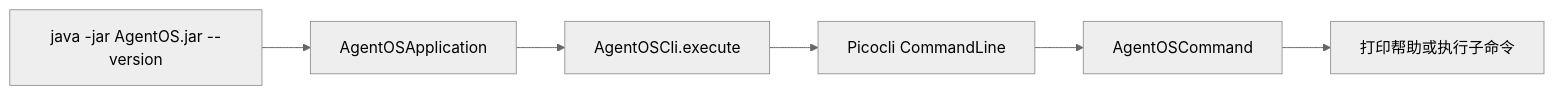
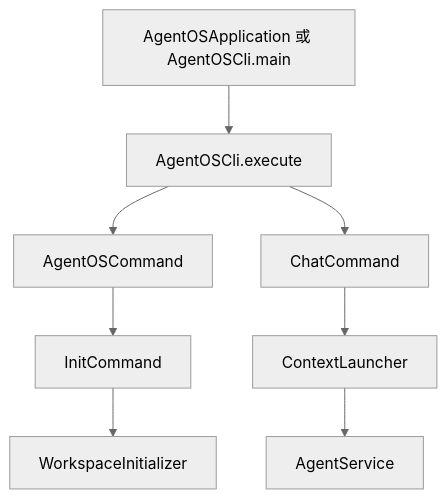
The diagram in docs/code-reading/AgentOS-cli.md (wangkaiqistart/agent-os), drawn with Mermaid (neutral theme) before and after one commit. The commit also changed other lines of this file and 10 other files, not shown here.

````diff
--- a/docs/code-reading/AgentOS-cli.md
+++ b/docs/code-reading/AgentOS-cli.md
@@ -5,8 +9,10 @@
 ```mermaid
-flowchart LR
-    A[java -jar AgentOS.jar --version] --> B[AgentOSApplication]
-    B --> C[AgentOSCli.execute]
-    C --> D[Picocli CommandLine]
-    D --> E[AgentOSCommand]
-    E --> F[打印帮助或执行子命令]
+flowchart TD
+    Main[AgentOSApplication 或 AgentOSCli.main] --> Execute[AgentOSCli.execute]
+    Execute --> Root[AgentOSCommand]
+    Root --> Init[InitCommand]
+    Execute --> Chat[ChatCommand]
+    Init --> Workspace[WorkspaceInitializer]
+    Chat --> Launcher[ContextLauncher]
+    Launcher --> Service[AgentService]
 ```
````
